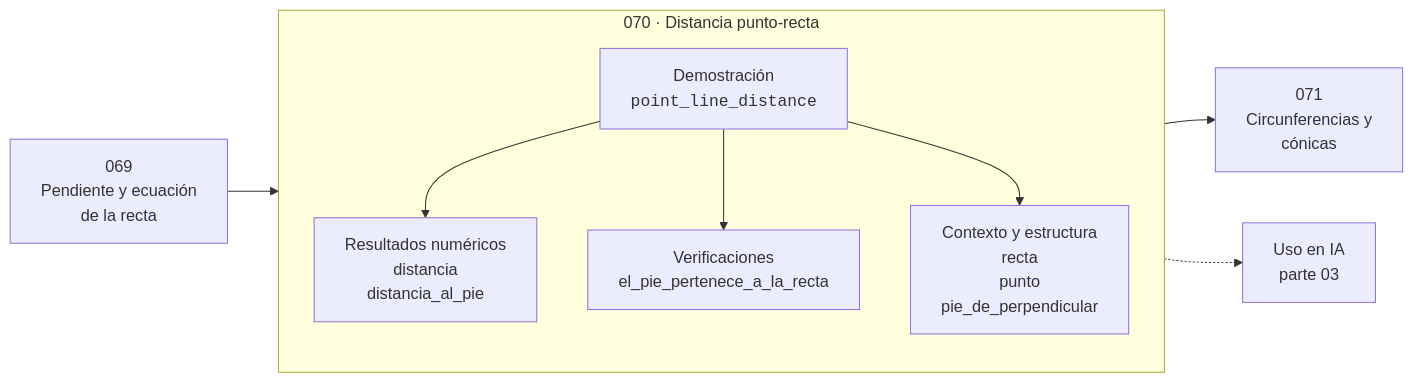
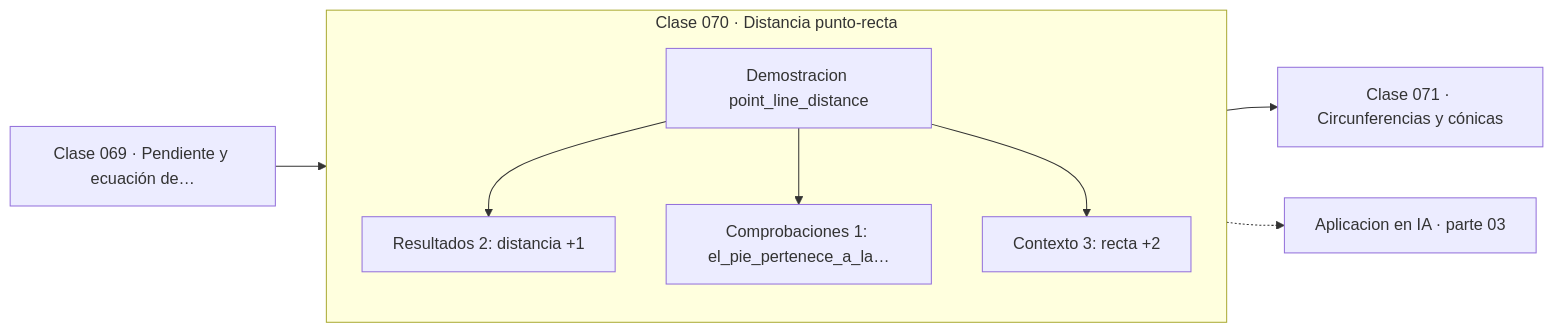
The diagram in classes/part-03-geometria-trigonometria-y-geometria-analitica/070-distancia-punto-recta/README.md (vladimiracunadev-create/computational-mathematics-program), drawn with Mermaid before and after one commit. The commit also changed 389 other files, not shown here.

First line of the commit message:
fix(diagramas): elimina el HTML de las etiquetas Mermaid

````diff
--- a/classes/part-03-geometria-trigonometria-y-geometria-analitica/070-distancia-punto-recta/README.md
+++ b/classes/part-03-geometria-trigonometria-y-geometria-analitica/070-distancia-punto-recta/README.md
@@ -35,12 +35,13 @@
 ```mermaid
 flowchart LR
-    P["069<br/>Pendiente y ecuación<br/>de la recta"] --> C
-    subgraph C["070 · Distancia punto-recta"]
+    P["Clase 069 · Pendiente y ecuación de…"] --> D
+    subgraph CLASE["Clase 070 · Distancia punto-recta"]
         direction TB
-        D["Demostración<br/><code>point_line_distance</code>"] --> R["Resultados numéricos<br/>distancia<br/>distancia_al_pie"]
-        D --> V["Verificaciones<br/>el_pie_pertenece_a_la_recta"]
-        D --> O["Contexto y estructura<br/>recta<br/>punto<br/>pie_de_perpendicular"]
+        D["Demostracion point_line_distance"]
+        D --> R["Resultados 2: distancia +1"]
+        D --> V["Comprobaciones 1: el_pie_pertenece_a_la…"]
+        D --> O["Contexto 3: recta +2"]
     end
-    C --> N["071<br/>Circunferencias y<br/>cónicas"]
-    C -.-> IA["Uso en IA<br/>parte 03"]
+    R --> N["Clase 071 · Circunferencias y cónicas"]
+    V -.-> IA["Aplicacion en IA · parte 03"]
 ```
````
